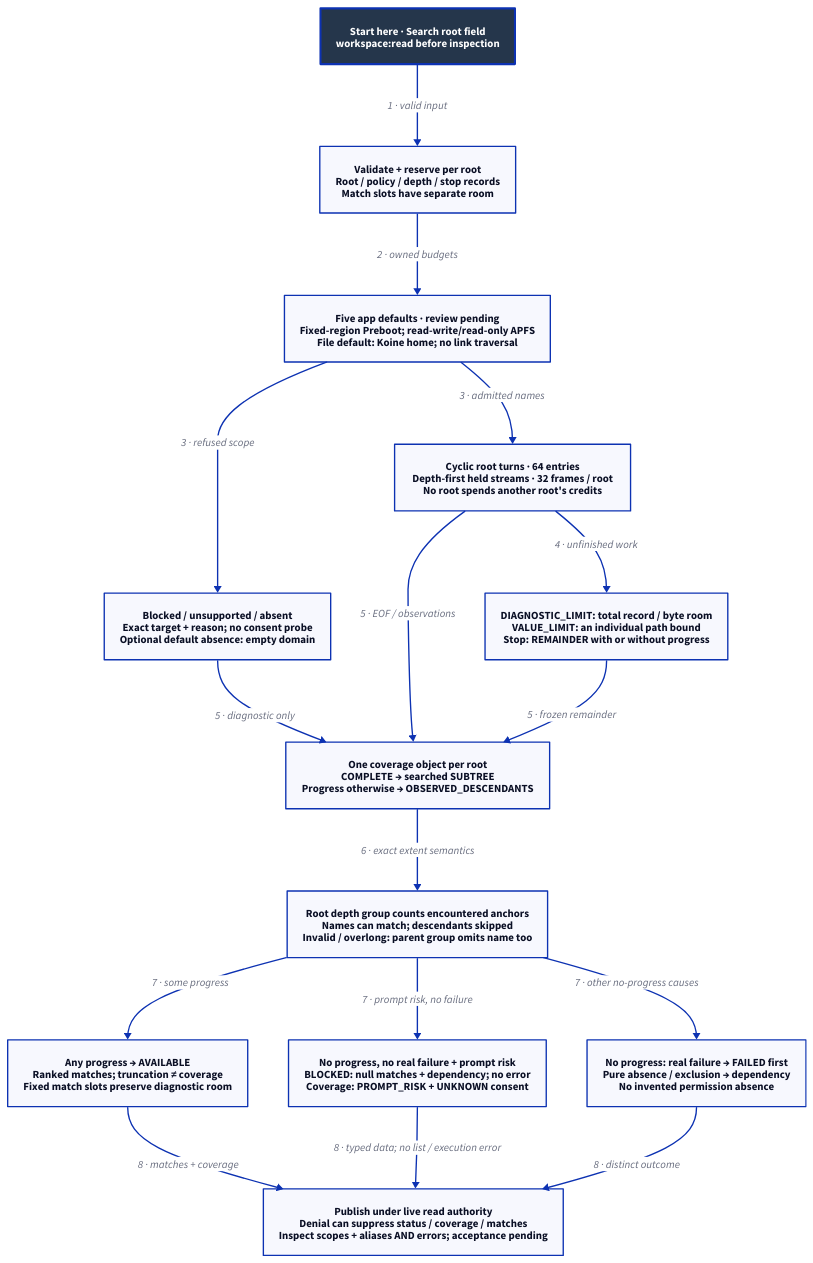
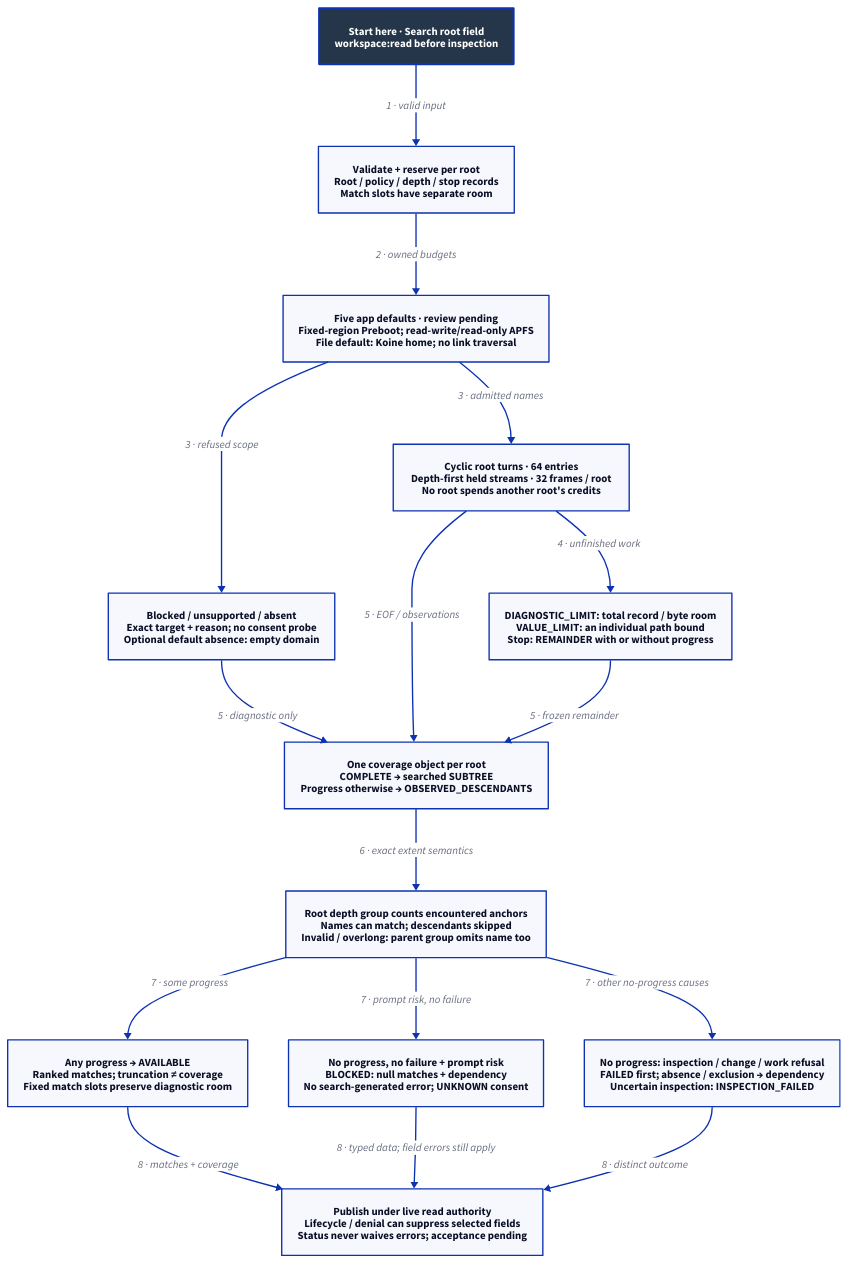
The diagram in docs/design/architecture/search-coverage.d2 (Linkuistics/Koine), drawn with D2 before and after one commit. The commit also changed 19 other files, not shown here.

Commit message:
search-permission-transport-k103: integrate all seven transport review findings and separate retained compatibility subjects from search release checks

```diff
--- a/docs/design/architecture/search-coverage.d2
+++ b/docs/design/architecture/search-coverage.d2
@@ -1,32 +1,32 @@
 # Designed flow; arrows show order/guards, not checked temporal guarantees.
 direction: down
 classes: {
   start: {style: {fill: "#25364B"; font-color: "#FFFFFF"; bold: true; stroke-width: 3}}
 }
 Start: "Start here · Search root field\nworkspace:read before inspection" {class: start}
 Reserve: "Validate + reserve per root\nRoot / policy / depth / stop records\nMatch slots have separate room"
 Admission: "Five app defaults · review pending\nFixed-region Preboot; read-write/read-only APFS\nFile default: Koine home; no link traversal"
 Skip: "Blocked / unsupported / absent\nExact target + reason; no consent probe\nOptional default absence: empty domain"
 Scan: "Cyclic root turns · 64 entries\nDepth-first held streams · 32 frames / root\nNo root spends another root's credits"
 Bounds: "DIAGNOSTIC_LIMIT: total record / byte room\nVALUE_LIMIT: an individual path bound\nStop: REMAINDER with or without progress"
 Coverage: "One coverage object per root\nCOMPLETE → searched SUBTREE\nProgress otherwise → OBSERVED_DESCENDANTS"
 Groups: "Root depth group counts encountered anchors\nNames can match; descendants skipped\nInvalid / overlong: parent group omits name too"
 Available: "Any progress → AVAILABLE\nRanked matches; truncation ≠ coverage\nFixed match slots preserve diagnostic room"
-Blocked: "No progress, no real failure + prompt risk\nBLOCKED: null matches + dependency; no error\nCoverage: PROMPT_RISK + UNKNOWN consent"
-Other: "No progress: real failure → FAILED first\nPure absence / exclusion → dependency\nNo invented permission absence"
-Publish: "Publish under live read authority\nDenial can suppress status / coverage / matches\nInspect scopes + aliases AND errors; acceptance pending"
+Blocked: "No progress, no failure + prompt risk\nBLOCKED: null matches + dependency\nNo search-generated error; UNKNOWN consent"
+Other: "No progress: inspection / change / work refusal\nFAILED first; absence / exclusion → dependency\nUncertain inspection: INSPECTION_FAILED"
+Publish: "Publish under live read authority\nLifecycle / denial can suppress selected fields\nStatus never waives errors; acceptance pending"
 Start -> Reserve: "1 · valid input"
 Reserve -> Admission: "2 · owned budgets"
 Admission -> Skip: "3 · refused scope"
 Admission -> Scan: "3 · admitted names"
 Scan -> Bounds: "4 · unfinished work"
 Skip -> Coverage: "5 · diagnostic only"
 Scan -> Coverage: "5 · EOF / observations"
 Bounds -> Coverage: "5 · frozen remainder"
 Coverage -> Groups: "6 · exact extent semantics"
 Groups -> Available: "7 · some progress"
 Groups -> Blocked: "7 · prompt risk, no failure"
 Groups -> Other: "7 · other no-progress causes"
 Available -> Publish: "8 · matches + coverage"
-Blocked -> Publish: "8 · typed data; no list / execution error"
+Blocked -> Publish: "8 · typed data; field errors still apply"
 Other -> Publish: "8 · distinct outcome"
```
